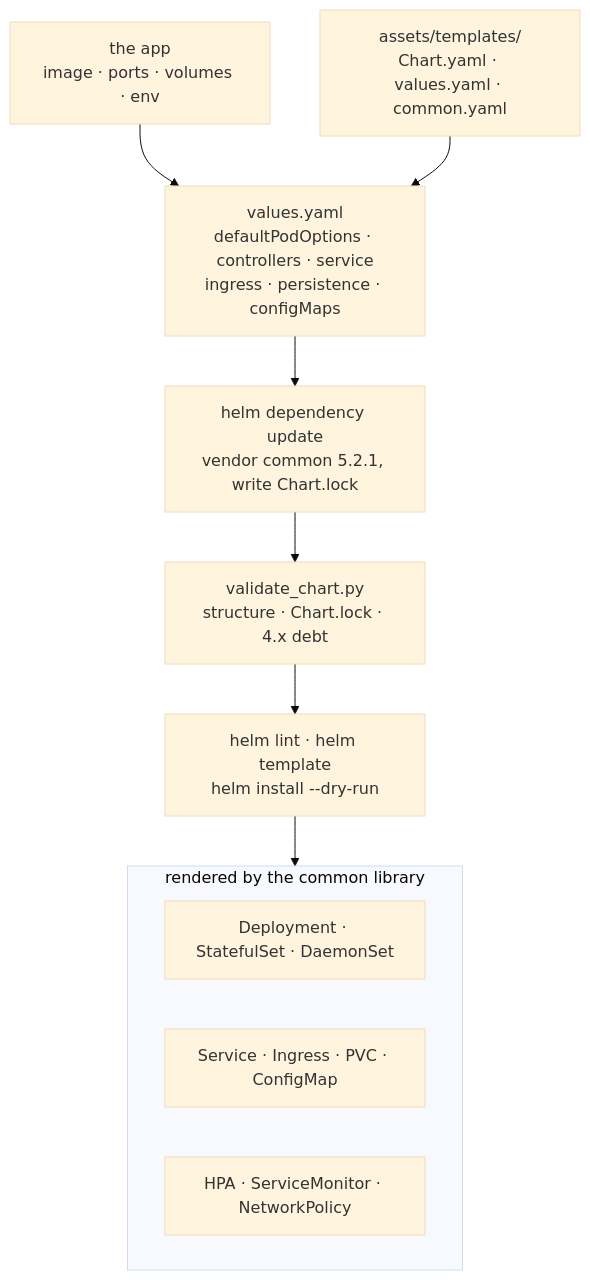
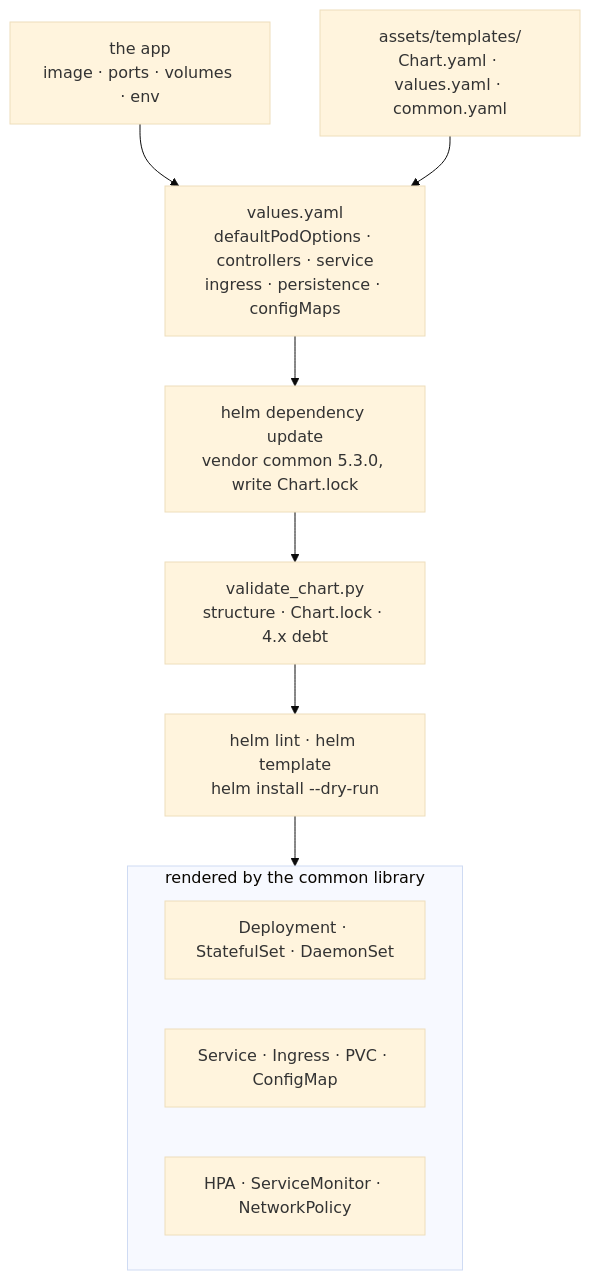
One commit to obeone/claude-skills changed the diagram in skills/helm-bjw-s-chart/README.md. Above: the diagram before and after it, drawn with Mermaid (base theme). The commit also changed other lines of this file and 6 other files, not shown here.

First line of the commit message:
feat(helm-bjw-s-chart): target bjw-s common 5.3.0 (5.6.0)

````diff
--- a/skills/helm-bjw-s-chart/README.md
+++ b/skills/helm-bjw-s-chart/README.md
@@ -144,19 +145,19 @@
 ```mermaid
 flowchart TB
     APP["the app<br/>image · ports · volumes · env"] --> VALUES
     TPL["assets/templates/<br/>Chart.yaml · values.yaml · common.yaml"] --> VALUES
 
     VALUES["values.yaml<br/>defaultPodOptions · controllers · service<br/>ingress · persistence · configMaps"]
 
-    VALUES --> DEP["helm dependency update<br/>vendor common 5.2.1, write Chart.lock"]
+    VALUES --> DEP["helm dependency update<br/>vendor common 5.3.0, write Chart.lock"]
     DEP --> VAL["validate_chart.py<br/>structure · Chart.lock · 4.x debt"]
     VAL --> RENDER["helm lint · helm template<br/>helm install --dry-run"]
 
     subgraph OUT["rendered by the common library"]
         O1["Deployment · StatefulSet · DaemonSet"]
         O2["Service · Ingress · PVC · ConfigMap"]
         O3["HPA · ServiceMonitor · NetworkPolicy"]
     end
 
     RENDER --> OUT
 ```
````
